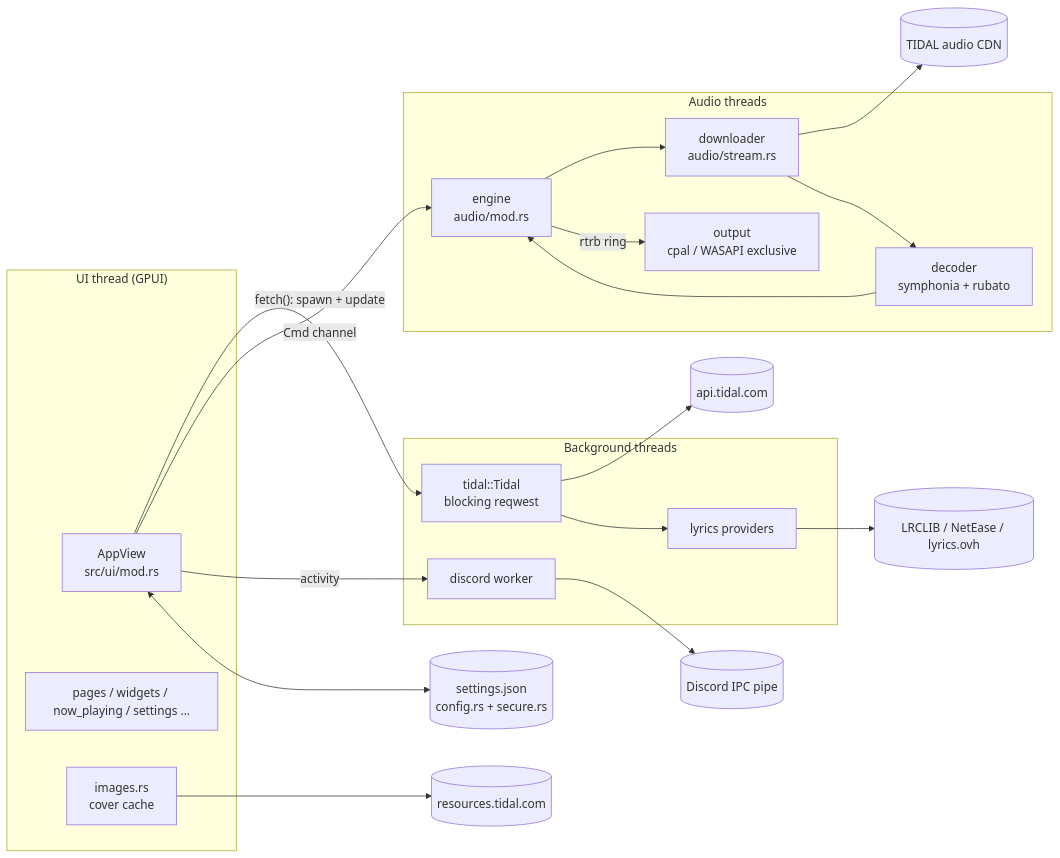
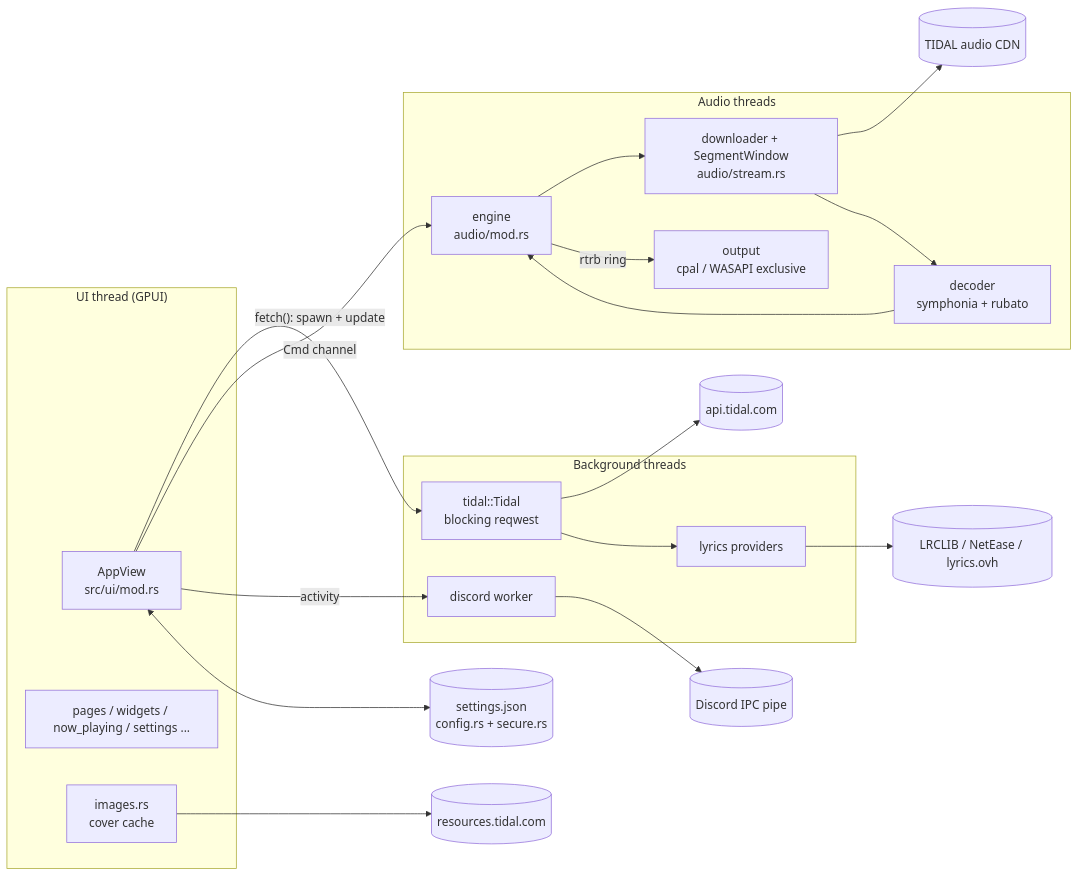
Before and after one commit to RaunaCO/Abyss: the first of 2 diagrams in docs/ARCHITECTURE.md, drawn with Mermaid. The commit also changed other lines of this file and 300 other files, not shown here.

````diff
--- a/docs/ARCHITECTURE.md
+++ b/docs/ARCHITECTURE.md
@@ -7,28 +7,28 @@
 ```mermaid
 flowchart LR
     subgraph UI["UI thread (GPUI)"]
         AV[AppView<br/>src/ui/mod.rs]
         Pages[pages / widgets / now_playing / settings ...]
         IMG[images.rs<br/>cover cache]
     end
     subgraph BG["Background threads"]
         T[tidal::Tidal<br/>blocking reqwest]
         L[lyrics providers]
         D[discord worker]
     end
     subgraph AUD["Audio threads"]
         E[engine<br/>audio/mod.rs]
-        S[downloader<br/>audio/stream.rs]
+        S[downloader + SegmentWindow<br/>audio/stream.rs]
         DEC[decoder<br/>symphonia + rubato]
         O[output<br/>cpal / WASAPI exclusive]
     end
     AV -- "fetch(): spawn + update" --> T
     T --> API[(api.tidal.com)]
     T --> L --> EXT[(LRCLIB / NetEase / lyrics.ovh)]
     AV -- Cmd channel --> E
     E --> S --> CDN[(TIDAL audio CDN)]
     S --> DEC --> E -- rtrb ring --> O
     AV -- activity --> D --> DIS[(Discord IPC pipe)]
     IMG --> RES[(resources.tidal.com)]
     AV <--> CFG[(settings.json<br/>config.rs + secure.rs)]
 ```
````
